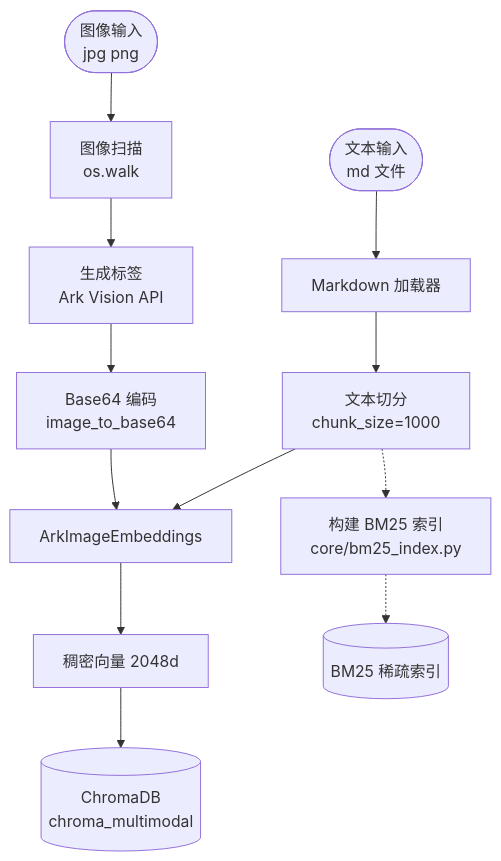
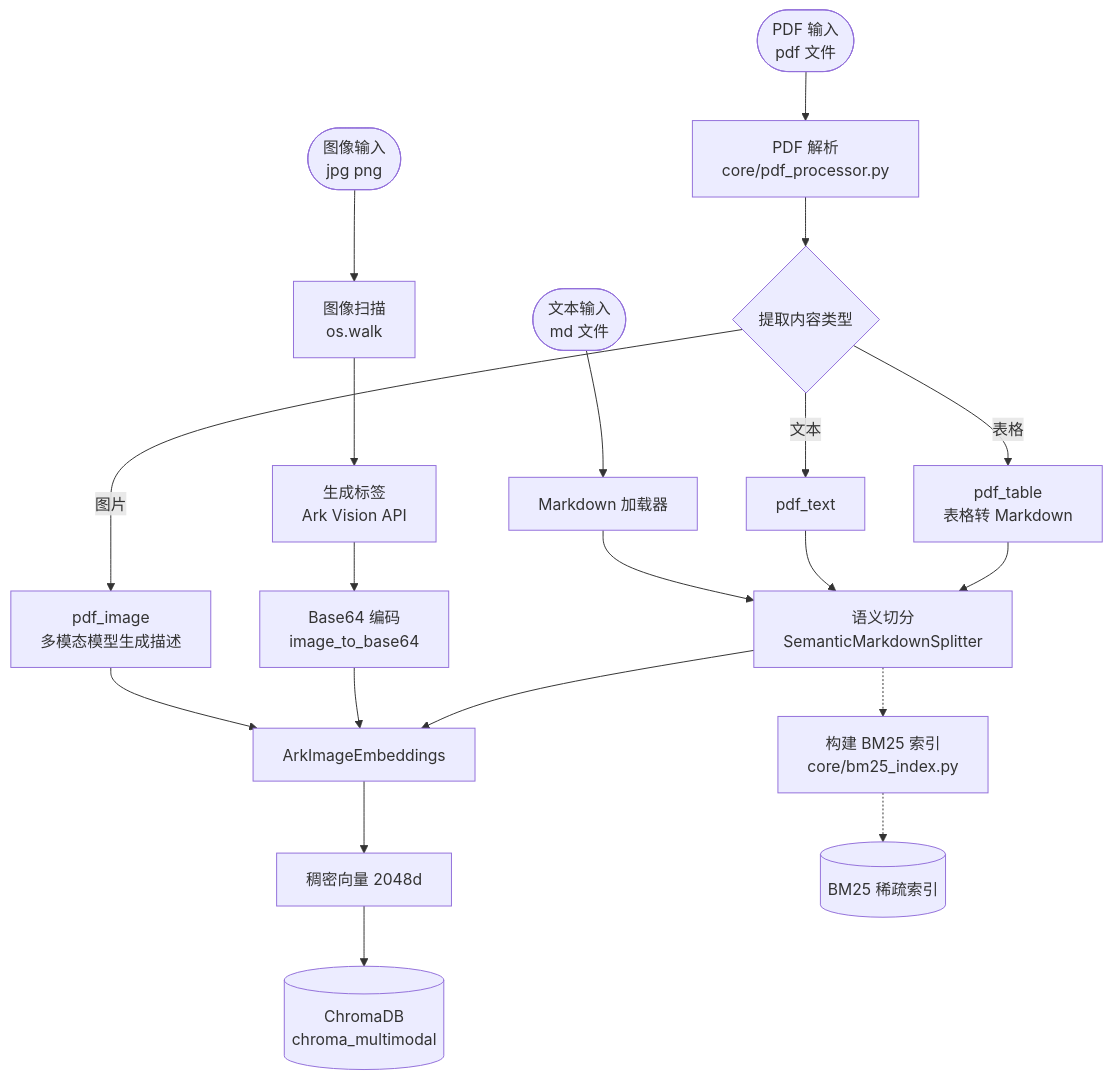
One commit to Rollbear-bot/AgenticFilmArchive changed the first of 2 diagrams in README.md. Above: the diagram before and after it, drawn with Mermaid. The commit also changed other lines of this file and 16 other files, not shown here.

````diff
--- a/README.md
+++ b/README.md
@@ -39,21 +44,31 @@
 ```mermaid
 flowchart TD
     IMG_IN([图像输入<br/>jpg png])
     TXT_IN([文本输入<br/>md 文件])
+    PDF_IN([PDF 输入<br/>pdf 文件])
 
     IMG_IN --> SCAN[图像扫描<br/>os.walk]
     SCAN --> TAG[生成标签<br/>Ark Vision API]
     TAG --> B64[Base64 编码<br/>image_to_base64]
 
     TXT_IN --> MD_LOAD[Markdown 加载器]
-    MD_LOAD --> SPLIT[文本切分<br/>chunk_size=1000]
+    MD_LOAD --> SPLIT[语义切分<br/>SemanticMarkdownSplitter]
+
+    PDF_IN --> PDF_PROCESS[PDF 解析<br/>core/pdf_processor.py]
+    PDF_PROCESS --> PDF_BLOCKS{提取内容类型}
+    PDF_BLOCKS -->|文本| PDF_TXT[pdf_text]
+    PDF_BLOCKS -->|图片| PDF_IMG[pdf_image<br/>多模态模型生成描述]
+    PDF_BLOCKS -->|表格| PDF_TBL[pdf_table<br/>表格转 Markdown]
+    PDF_TXT --> SPLIT
+    PDF_IMG --> EMBED
+    PDF_TBL --> SPLIT
 
     B64 --> EMBED[ArkImageEmbeddings]
     SPLIT --> EMBED
 
     EMBED --> VEC["稠密向量 2048d"]
     VEC --> CHROMA[(ChromaDB<br/>chroma_multimodal)]
 
     SPLIT -.-> BM25_BUILD[构建 BM25 索引<br/>core/bm25_index.py]
     BM25_BUILD -.-> BM25_IDX[(BM25 稀疏索引)]
 ```
````
